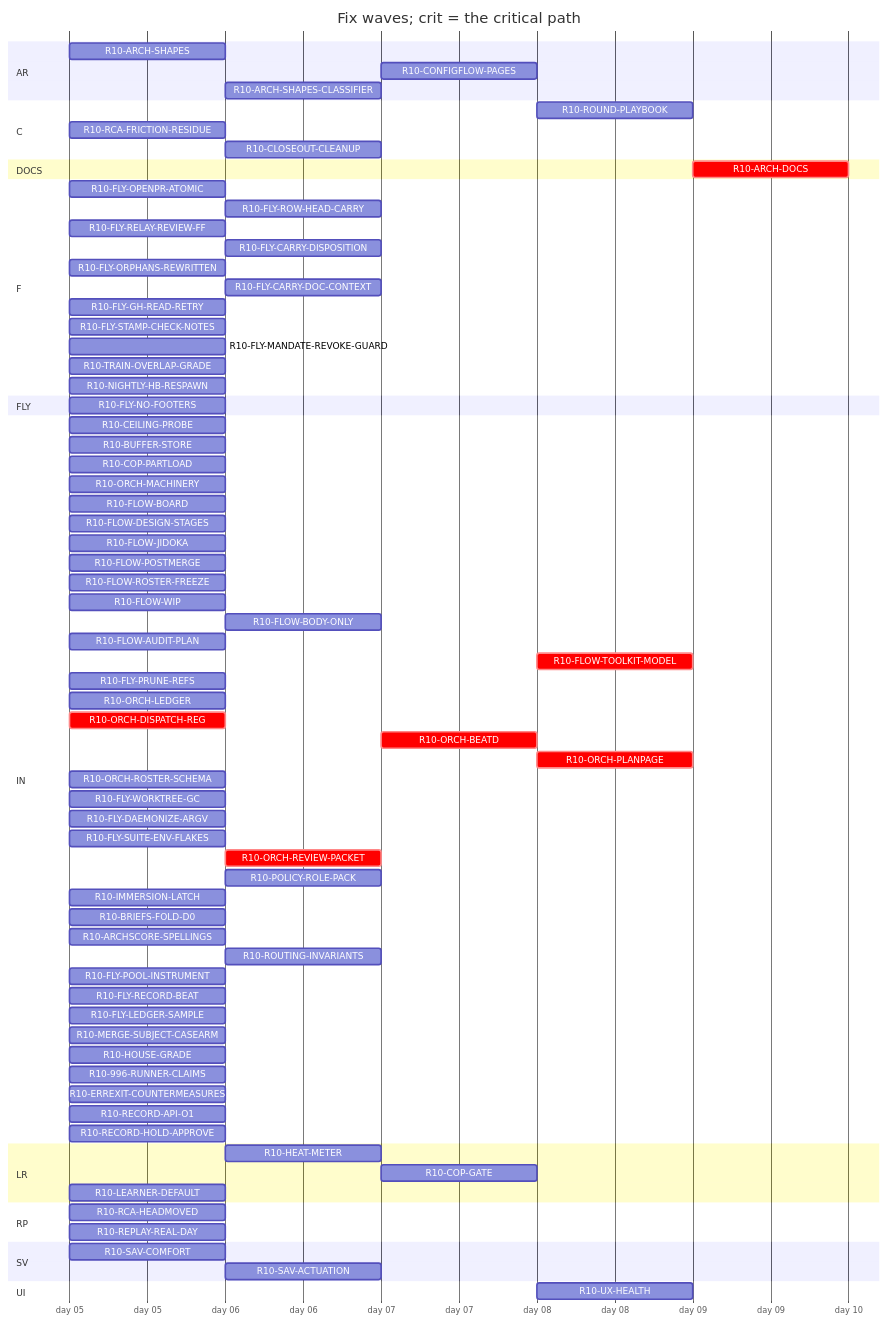
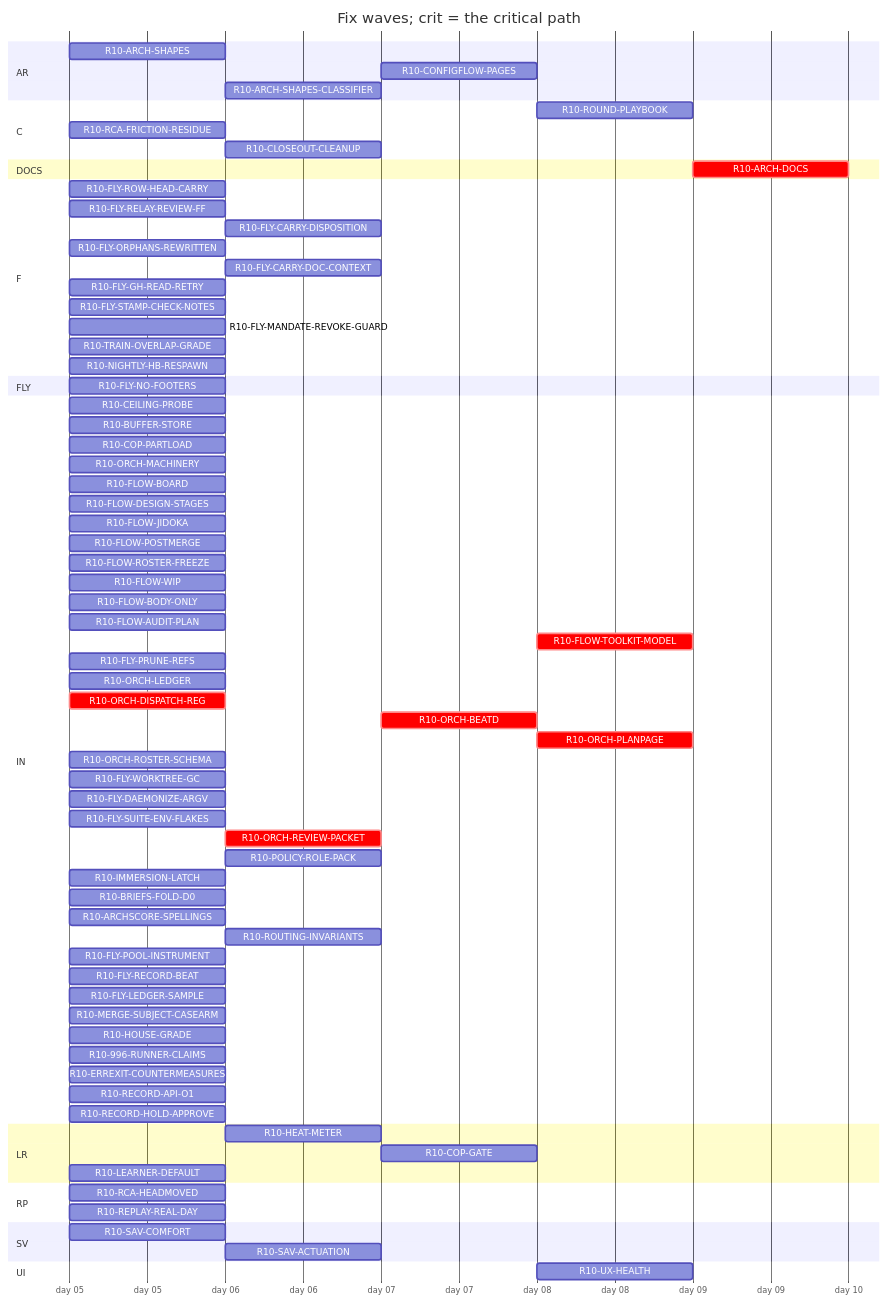
Before and after one commit to tvofi/heatpump_optimizer: the diagram in handoff/round10/state/PLAN-TABLE.md, drawn with Mermaid. The commit also changed other lines of this file and 2 other files, not shown here.

````diff
--- a/handoff/round10/state/PLAN-TABLE.md
+++ b/handoff/round10/state/PLAN-TABLE.md
@@ -23,80 +23,79 @@
 ```mermaid
 gantt
   title Fix waves; crit = the critical path
   dateFormat YYYY-MM-DD
   axisFormat day %d
   section AR
     R10-ARCH-SHAPES :r10ARCHSHAPES, 2026-01-05, 1d
     R10-CONFIGFLOW-PAGES :r10CONFIGFLOWPAGES, after r10HEATMETER, 1d
     R10-ARCH-SHAPES-CLASSIFIER :r10ARCHSHAPESCLASSIFIER, after r10996RUNNERCLAIMS r10ARCHSHAPES, 1d
   section C
     R10-ROUND-PLAYBOOK :r10ROUNDPLAYBOOK, after r10FLOWAUDITPLAN r10ORCHLEDGER r10ORCHDISPATCHREG r10ORCHBEATD r10ORCHPLANPAGE r10FLYRELAYREVIEWFF r10FLOWROSTERFREEZE r10FLOWBODYONLY, 1d
     R10-RCA-FRICTION-RESIDUE :r10RCAFRICTIONRESIDUE, 2026-01-05, 1d
     R10-CLOSEOUT-CLEANUP :r10CLOSEOUTCLEANUP, after r10FLYPRUNEREFS r10FLYWORKTREEGC, 1d
   section DOCS
-    R10-ARCH-DOCS :crit, r10ARCHDOCS, after r10ARCHSHAPES r10HEATMETER r10COPGATE r10UXHEALTH r10CONFIGFLOWPAGES r10RCAHEADMOVED r10SAVCOMFORT r10CEILINGPROBE r10BUFFERSTORE r10COPPARTLOAD r10LEARNERDEFAULT r10FLOWBOARD r10FLOWDESIGNSTAGES r10FLOWJIDOKA r10FLOWPOSTMERGE r10FLOWROSTERFREEZE r10FLOWWIP r10FLOWBODYONLY r10FLYOPENPRATOMIC r10FLYROWHEADCARRY r10FLOWAUDITPLAN r10FLYRELAYREVIEWFF r10FLYCARRYDISPOSITION r10FLYORPHANSREWRITTEN r10FLYCARRYDOCCONTEXT r10FLOWTOOLKITMODEL r10FLYSTAMPCHECKNOTES r10FLYMANDATEREVOKEGUARD r10RCAFRICTIONRESIDUE r10TRAINOVERLAPGRADE r10NIGHTLYHBRESPAWN r10FLYPRUNEREFS r10ORCHLEDGER r10ORCHDISPATCHREG r10ORCHBEATD r10ORCHPLANPAGE r10ORCHROSTERSCHEMA r10FLYWORKTREEGC r10FLYDAEMONIZEARGV r10ORCHREVIEWPACKET r10POLICYROLEPACK r10IMMERSIONLATCH r10BRIEFSFOLDD0 r10REPLAYREALDAY r10ARCHSCORESPELLINGS r10SAVACTUATION r10FLYLEDGERSAMPLE, 1d
+    R10-ARCH-DOCS :crit, r10ARCHDOCS, after r10ARCHSHAPES r10HEATMETER r10COPGATE r10UXHEALTH r10CONFIGFLOWPAGES r10RCAHEADMOVED r10SAVCOMFORT r10CEILINGPROBE r10BUFFERSTORE r10COPPARTLOAD r10LEARNERDEFAULT r10FLOWBOARD r10FLOWDESIGNSTAGES r10FLOWJIDOKA r10FLOWPOSTMERGE r10FLOWROSTERFREEZE r10FLOWWIP r10FLOWBODYONLY r10FLYROWHEADCARRY r10FLOWAUDITPLAN r10FLYRELAYREVIEWFF r10FLYCARRYDISPOSITION r10FLYORPHANSREWRITTEN r10FLYCARRYDOCCONTEXT r10FLOWTOOLKITMODEL r10FLYSTAMPCHECKNOTES r10FLYMANDATEREVOKEGUARD r10RCAFRICTIONRESIDUE r10TRAINOVERLAPGRADE r10NIGHTLYHBRESPAWN r10FLYPRUNEREFS r10ORCHLEDGER r10ORCHDISPATCHREG r10ORCHBEATD r10ORCHPLANPAGE r10ORCHROSTERSCHEMA r10FLYWORKTREEGC r10FLYDAEMONIZEARGV r10ORCHREVIEWPACKET r10POLICYROLEPACK r10IMMERSIONLATCH r10BRIEFSFOLDD0 r10REPLAYREALDAY r10ARCHSCORESPELLINGS r10SAVACTUATION r10FLYLEDGERSAMPLE, 1d
   section F
-    R10-FLY-OPENPR-ATOMIC :r10FLYOPENPRATOMIC, 2026-01-05, 1d
-    R10-FLY-ROW-HEAD-CARRY :r10FLYROWHEADCARRY, after r10FLYOPENPRATOMIC, 1d
+    R10-FLY-ROW-HEAD-CARRY :r10FLYROWHEADCARRY, 2026-01-05, 1d
     R10-FLY-RELAY-REVIEW-FF :r10FLYRELAYREVIEWFF, 2026-01-05, 1d
     R10-FLY-CARRY-DISPOSITION :r10FLYCARRYDISPOSITION, after r10FLYORPHANSREWRITTEN, 1d
     R10-FLY-ORPHANS-REWRITTEN :r10FLYORPHANSREWRITTEN, 2026-01-05, 1d
     R10-FLY-CARRY-DOC-CONTEXT :r10FLYCARRYDOCCONTEXT, after r10FLYGHREADRETRY, 1d
     R10-FLY-GH-READ-RETRY :r10FLYGHREADRETRY, 2026-01-05, 1d
     R10-FLY-STAMP-CHECK-NOTES :r10FLYSTAMPCHECKNOTES, 2026-01-05, 1d
     R10-FLY-MANDATE-REVOKE-GUARD :r10FLYMANDATEREVOKEGUARD, 2026-01-05, 1d
     R10-TRAIN-OVERLAP-GRADE :r10TRAINOVERLAPGRADE, 2026-01-05, 1d
     R10-NIGHTLY-HB-RESPAWN :r10NIGHTLYHBRESPAWN, 2026-01-05, 1d
   section FLY
     R10-FLY-NO-FOOTERS :r10FLYNOFOOTERS, 2026-01-05, 1d
   section IN
     R10-CEILING-PROBE :r10CEILINGPROBE, 2026-01-05, 1d
     R10-BUFFER-STORE :r10BUFFERSTORE, 2026-01-05, 1d
     R10-COP-PARTLOAD :r10COPPARTLOAD, 2026-01-05, 1d
     R10-ORCH-MACHINERY :r10ORCHMACHINERY, 2026-01-05, 1d
     R10-FLOW-BOARD :r10FLOWBOARD, 2026-01-05, 1d
     R10-FLOW-DESIGN-STAGES :r10FLOWDESIGNSTAGES, 2026-01-05, 1d
     R10-FLOW-JIDOKA :r10FLOWJIDOKA, 2026-01-05, 1d
     R10-FLOW-POSTMERGE :r10FLOWPOSTMERGE, 2026-01-05, 1d
     R10-FLOW-ROSTER-FREEZE :r10FLOWROSTERFREEZE, 2026-01-05, 1d
     R10-FLOW-WIP :r10FLOWWIP, 2026-01-05, 1d
-    R10-FLOW-BODY-ONLY :r10FLOWBODYONLY, after r10FLYOPENPRATOMIC, 1d
+    R10-FLOW-BODY-ONLY :r10FLOWBODYONLY, 2026-01-05, 1d
     R10-FLOW-AUDIT-PLAN :r10FLOWAUDITPLAN, 2026-01-05, 1d
     R10-FLOW-TOOLKIT-MODEL :crit, r10FLOWTOOLKITMODEL, after r10ORCHPLANPAGE, 1d
     R10-FLY-PRUNE-REFS :r10FLYPRUNEREFS, 2026-01-05, 1d
     R10-ORCH-LEDGER :r10ORCHLEDGER, 2026-01-05, 1d
     R10-ORCH-DISPATCH-REG :crit, r10ORCHDISPATCHREG, 2026-01-05, 1d
     R10-ORCH-BEATD :crit, r10ORCHBEATD, after r10ORCHDISPATCHREG r10ORCHREVIEWPACKET r10FLOWROSTERFREEZE, 1d
     R10-ORCH-PLANPAGE :crit, r10ORCHPLANPAGE, after r10ORCHBEATD, 1d
     R10-ORCH-ROSTER-SCHEMA :r10ORCHROSTERSCHEMA, 2026-01-05, 1d
     R10-FLY-WORKTREE-GC :r10FLYWORKTREEGC, 2026-01-05, 1d
     R10-FLY-DAEMONIZE-ARGV :r10FLYDAEMONIZEARGV, 2026-01-05, 1d
     R10-FLY-SUITE-ENV-FLAKES :r10FLYSUITEENVFLAKES, 2026-01-05, 1d
     R10-ORCH-REVIEW-PACKET :crit, r10ORCHREVIEWPACKET, after r10ORCHDISPATCHREG, 1d
     R10-POLICY-ROLE-PACK :r10POLICYROLEPACK, after r10FLOWDESIGNSTAGES, 1d
     R10-IMMERSION-LATCH :r10IMMERSIONLATCH, 2026-01-05, 1d
     R10-BRIEFS-FOLD-D0 :r10BRIEFSFOLDD0, 2026-01-05, 1d
     R10-ARCHSCORE-SPELLINGS :r10ARCHSCORESPELLINGS, 2026-01-05, 1d
     R10-ROUTING-INVARIANTS :r10ROUTINGINVARIANTS, after r10ORCHROSTERSCHEMA, 1d
     R10-FLY-POOL-INSTRUMENT :r10FLYPOOLINSTRUMENT, 2026-01-05, 1d
     R10-FLY-RECORD-BEAT :r10FLYRECORDBEAT, 2026-01-05, 1d
     R10-FLY-LEDGER-SAMPLE :r10FLYLEDGERSAMPLE, 2026-01-05, 1d
     R10-MERGE-SUBJECT-CASEARM :r10MERGESUBJECTCASEARM, 2026-01-05, 1d
     R10-HOUSE-GRADE :r10HOUSEGRADE, 2026-01-05, 1d
     R10-996-RUNNER-CLAIMS :r10996RUNNERCLAIMS, 2026-01-05, 1d
     R10-ERREXIT-COUNTERMEASURES :r10ERREXITCOUNTERMEASURES, 2026-01-05, 1d
     R10-RECORD-API-O1 :r10RECORDAPIO1, 2026-01-05, 1d
     R10-RECORD-HOLD-APPROVE :r10RECORDHOLDAPPROVE, 2026-01-05, 1d
   section LR
     R10-HEAT-METER :r10HEATMETER, after r10ARCHSHAPES, 1d
     R10-COP-GATE :r10COPGATE, after r10HEATMETER, 1d
     R10-LEARNER-DEFAULT :r10LEARNERDEFAULT, 2026-01-05, 1d
   section RP
     R10-RCA-HEADMOVED :r10RCAHEADMOVED, 2026-01-05, 1d
     R10-REPLAY-REAL-DAY :r10REPLAYREALDAY, 2026-01-05, 1d
   section SV
     R10-SAV-COMFORT :r10SAVCOMFORT, 2026-01-05, 1d
     R10-SAV-ACTUATION :r10SAVACTUATION, after r10SAVCOMFORT, 1d
   section UI
     R10-UX-HEALTH :r10UXHEALTH, after r10COPGATE r10HEATMETER, 1d
 ```
````
